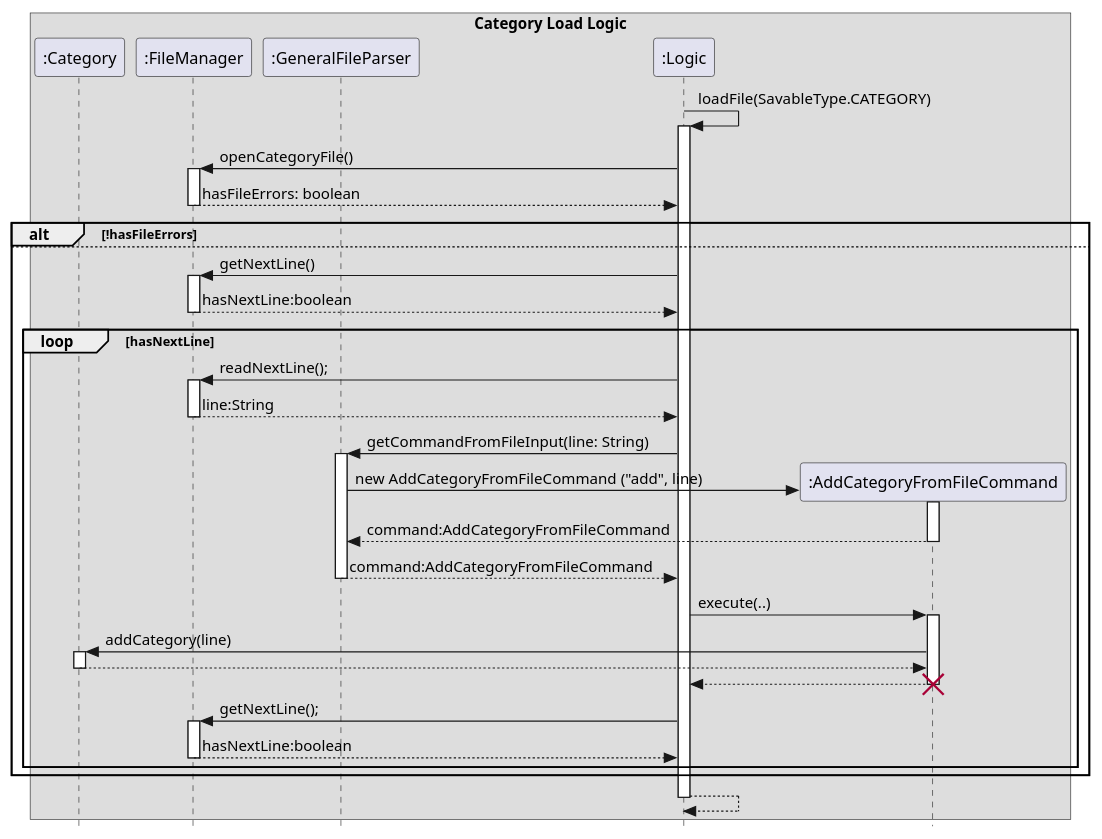
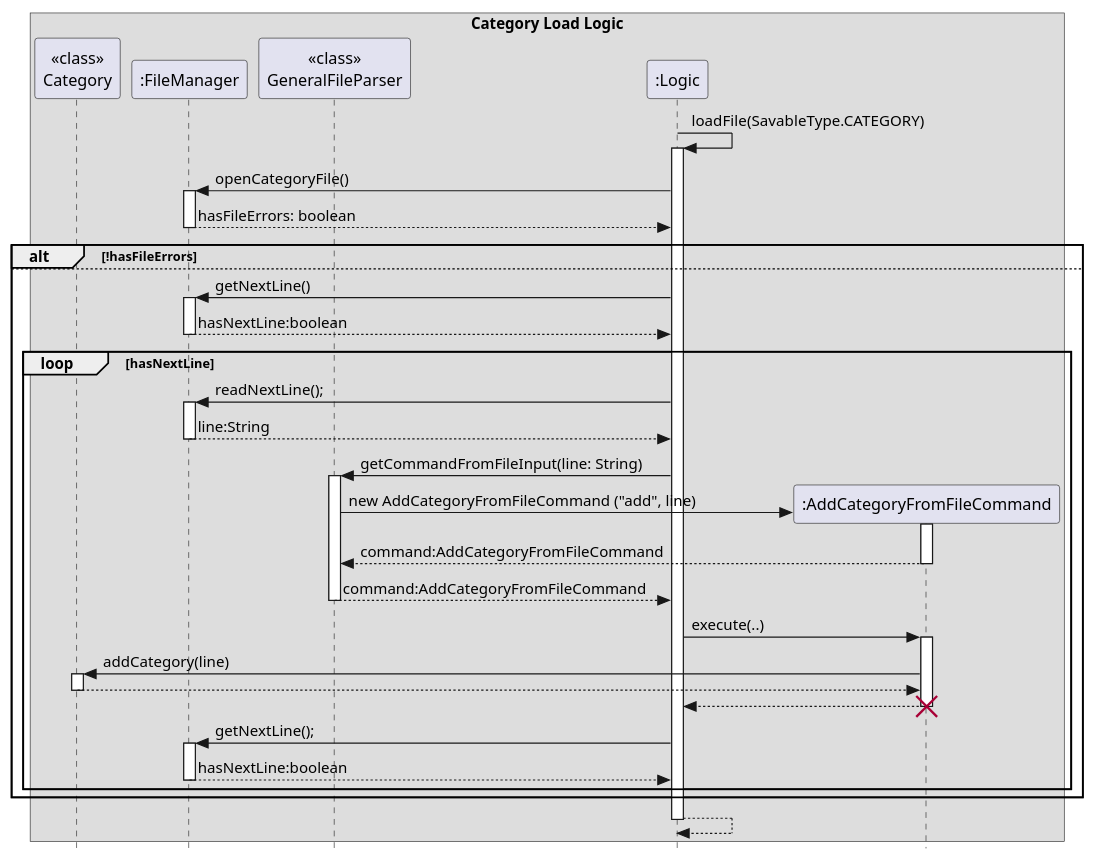
One commit to JianJiaT/tp changed the diagram in docs/team/UML_Files/category_load_sequence.puml. Above: the diagram before and after it, drawn with PlantUML. The commit also changed 3 other files, not shown here.

Commit message:
Modify category UML

```diff
--- a/docs/team/UML_Files/category_load_sequence.puml
+++ b/docs/team/UML_Files/category_load_sequence.puml
@@ -1,57 +1,57 @@
 @startuml
 skinparam Style strictuml
 box Category Load Logic
 
-participant ":Category" as category
+participant "<<class>>\nCategory" as category
 participant ":FileManager" as fileManager
-participant ":GeneralFileParser" as generalFileParser
+participant "<<class>>\nGeneralFileParser" as generalFileParser
 participant ":Logic" as logic
 participant ":AddCategoryFromFileCommand" as AddCategoryFromFileCommand
 
 
 logic -> logic: loadFile(SavableType.CATEGORY)
 activate logic
 logic -> fileManager: openCategoryFile()
 activate fileManager
 fileManager -[dashed]-> logic: hasFileErrors: boolean
 deactivate fileManager
     alt !hasFileErrors
     else
         logic -> fileManager : getNextLine()
         activate fileManager
         fileManager -[dashed]-> logic : hasNextLine:boolean
         deactivate fileManager
         loop hasNextLine
             logic -> fileManager : readNextLine();
             activate fileManager
             fileManager -[dashed]-> logic : line:String
             deactivate fileManager
             logic -> generalFileParser : getCommandFromFileInput(line: String)
             activate generalFileParser
             create AddCategoryFromFileCommand
             generalFileParser -> AddCategoryFromFileCommand: new AddCategoryFromFileCommand ("add", line)
             activate AddCategoryFromFileCommand
             AddCategoryFromFileCommand --> generalFileParser: command:AddCategoryFromFileCommand
             deactivate AddCategoryFromFileCommand
             generalFileParser --> logic : command:AddCategoryFromFileCommand
             deactivate generalFileParser
             logic -> AddCategoryFromFileCommand : execute(..)
             activate AddCategoryFromFileCommand
             AddCategoryFromFileCommand -> category : addCategory(line)
             activate category
             category -[dashed]-> AddCategoryFromFileCommand
             deactivate
             AddCategoryFromFileCommand -[dashed]-> logic
             deactivate AddCategoryFromFileCommand
             destroy AddCategoryFromFileCommand
             logic -> fileManager : getNextLine();
             activate fileManager
             fileManager -[dashed]-> logic : hasNextLine:boolean
             deactivate fileManager
 
         end
     end
     logic -[dashed]-> logic
     deactivate logic
 end box
 @enduml
```
